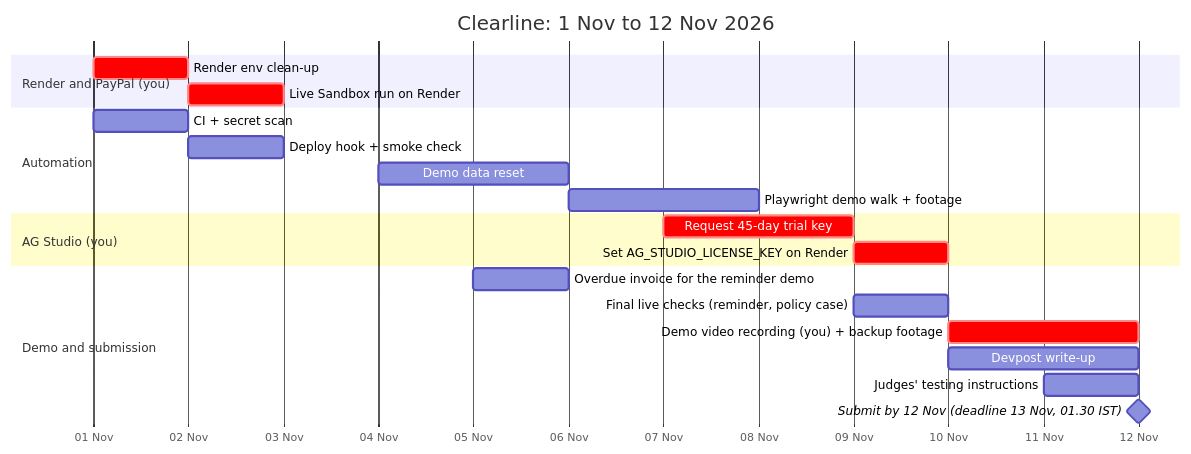
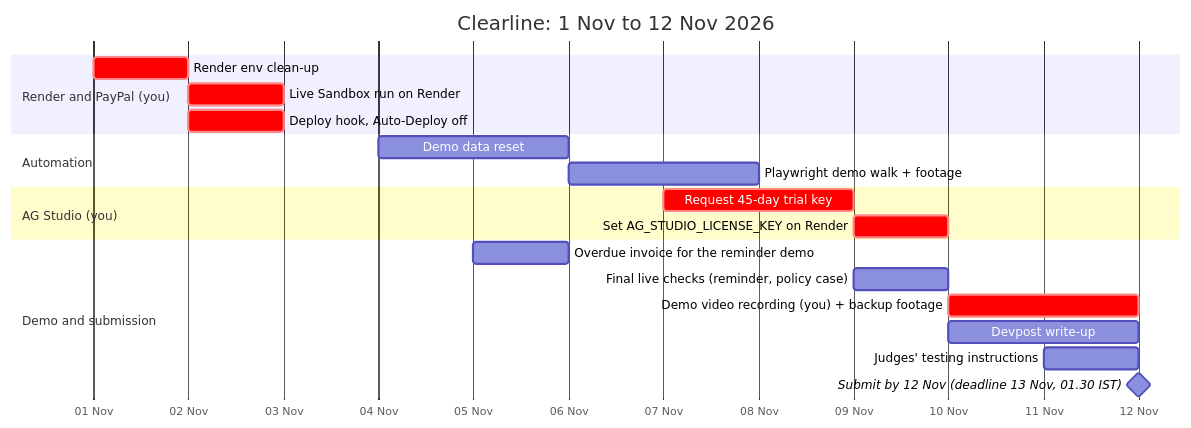
The diagram in docs/STATUS.md (kk161205/Clearline), drawn with Mermaid before and after one commit. The commit also changed other lines of this file and 4 other files, not shown here.

First line of the commit message:
CI: tests on SQLite and Postgres, secret scan, deploy after green

````diff
--- a/docs/STATUS.md
+++ b/docs/STATUS.md
@@ -95,24 +95,23 @@
 ```mermaid
 gantt
   title Clearline: 1 Nov to 12 Nov 2026
   dateFormat YYYY-MM-DD
   axisFormat %d %b
   section Render and PayPal (you)
   Render env clean-up                        :crit, r1, 2026-11-01, 1d
   Live Sandbox run on Render                 :crit, r3, 2026-11-02, 1d
+  Deploy hook, Auto-Deploy off               :crit, r4, 2026-11-02, 1d
   section Automation
-  CI + secret scan                           :a1, 2026-11-01, 1d
-  Deploy hook + smoke check                  :a2, 2026-11-02, 1d
   Demo data reset                            :a3, 2026-11-04, 2d
   Playwright demo walk + footage             :a4, 2026-11-06, 2d
   section AG Studio (you)
   Request 45-day trial key                   :crit, s1, 2026-11-07, 2d
   Set AG_STUDIO_LICENSE_KEY on Render        :crit, s2, after s1, 1d
   section Demo and submission
   Overdue invoice for the reminder demo      :d0, 2026-11-05, 1d
   Final live checks (reminder, policy case)  :d1, 2026-11-09, 1d
   Demo video recording (you) + backup footage :crit, d2, 2026-11-10, 2d
   Devpost write-up                           :d3, 2026-11-10, 2d
   Judges' testing instructions               :d4, 2026-11-11, 1d
   Submit by 12 Nov (deadline 13 Nov, 01.30 IST) :milestone, d5, 2026-11-12, 0d
 ```
````
